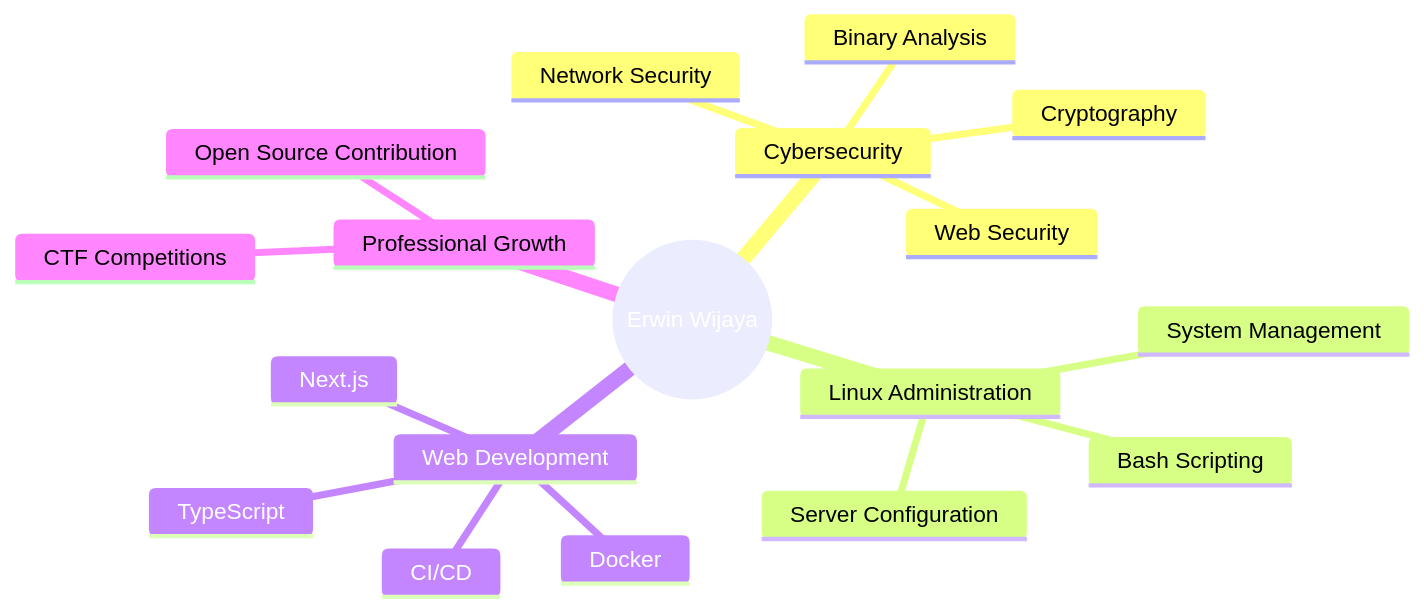
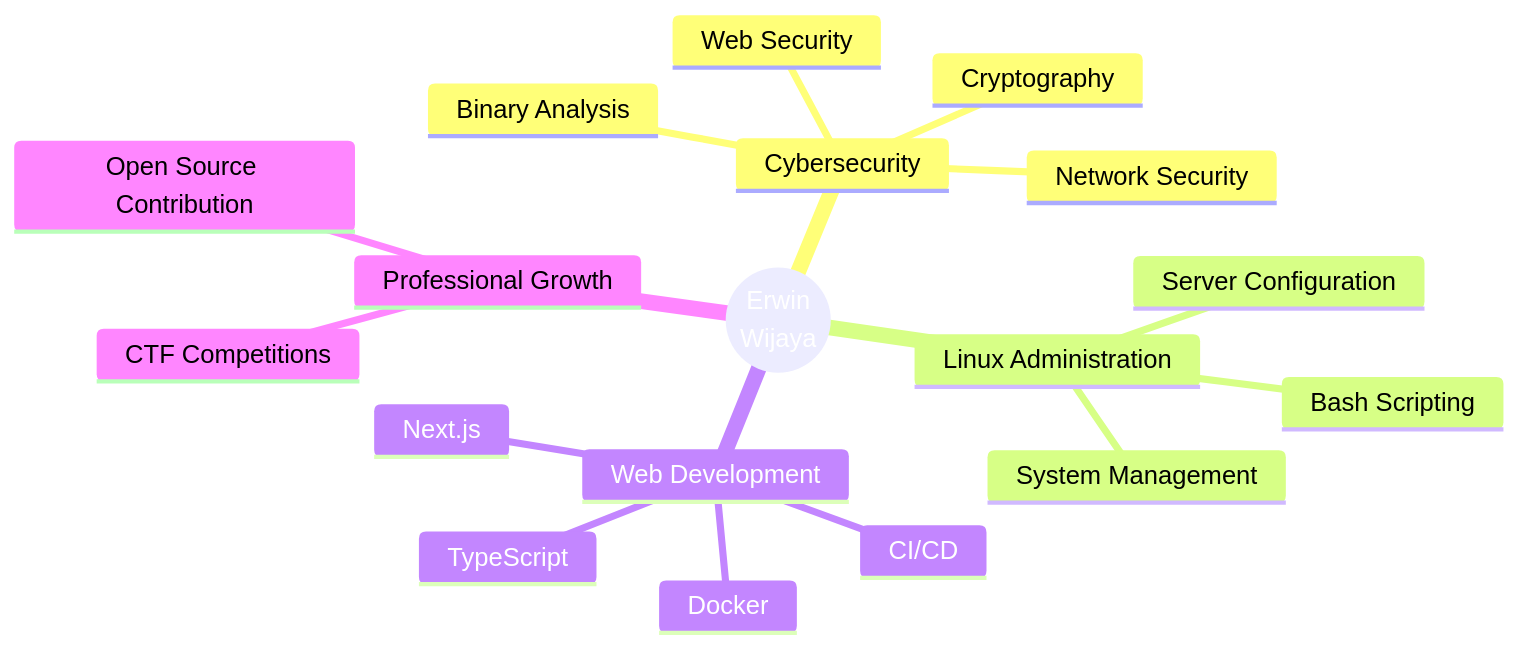
One commit to Romm31/Romm31 changed the diagram in README.md. Above: the diagram before and after it, drawn with Mermaid. The commit also changed other lines of this file, not shown here.

````diff
--- a/README.md
+++ b/README.md
@@ -202,22 +195,22 @@
 ```mermaid
-%%{init: {'theme':'default', 'themeVariables': { 'fontSize':'16px', 'darkMode':'false', 'background':'#ffffff', 'primaryColor':'#8B0000', 'primaryTextColor':'#ffffff', 'primaryBorderColor':'#8B0000', 'lineColor':'#8B0000', 'secondaryColor':'#A52A2A', 'tertiaryColor':'#DC143C', 'clusterBkg':'#f0f0f0', 'clusterBorder':'#8B0000', 'titleColor':'#8B0000', 'edgeLabelBackground':'#ffffff', 'nodeTextColor':'#ffffff', 'mainBkg':'#8B0000', 'nodeBorder':'#8B0000', 'textColor':'#000000'}}}%%
+%%{init: {'theme':'default', 'themeVariables': { 'fontSize':'18px', 'fontFamily':'arial', 'darkMode':'false', 'background':'#ffffff', 'primaryColor':'#8B0000', 'primaryTextColor':'#ffffff', 'primaryBorderColor':'#8B0000', 'lineColor':'#8B0000', 'secondaryColor':'#A52A2A', 'secondaryTextColor':'#000000', 'secondaryBorderColor':'#8B0000', 'tertiaryColor':'#DC143C', 'tertiaryTextColor':'#000000', 'tertiaryBorderColor':'#8B0000', 'clusterBkg':'#f9f9f9', 'clusterBorder':'#8B0000', 'titleColor':'#8B0000', 'edgeLabelBackground':'#ffffff', 'nodeTextColor':'#000000', 'mainBkg':'#8B0000', 'nodeBorder':'#8B0000', 'textColor':'#000000'}}}%%
 mindmap
-  root((Erwin Wijaya))
+  root((Erwin<br/>Wijaya))
     Cybersecurity
       Web Security
       Cryptography
       Binary Analysis
       Network Security
     Linux Administration
       System Management
       Bash Scripting
       Server Configuration
     Web Development
       Next.js
       TypeScript
       Docker
       CI/CD
     Professional Growth
       CTF Competitions
       Open Source Contribution
 ```
````
